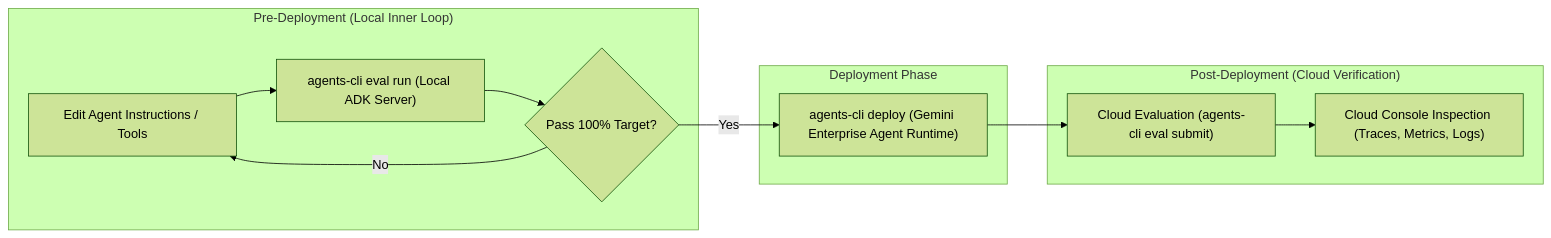
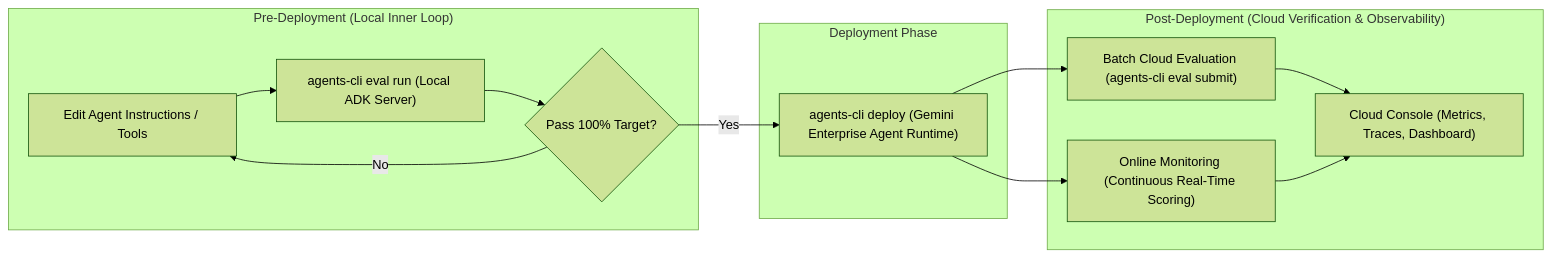
One commit to lopezzamora/2026-11-21-GoogleDevFest2026-Windsor changed the diagram in campseeker/README.md. Above: the diagram before and after it, drawn with Mermaid (forest theme). The commit also changed other lines of this file, not shown here.

Commit message:
docs: Update README with comprehensive Table of Contents and detailed evaluation sections

````diff
--- a/campseeker/README.md
+++ b/campseeker/README.md
@@ -288,15 +342,17 @@
 ```mermaid
 flowchart LR
     subgraph Pre["Pre-Deployment (Local Inner Loop)"]
         L1["Edit Agent Instructions / Tools"] --> L2["agents-cli eval run (Local ADK Server)"]
         L2 --> L3{"Pass 100% Target?"}
         L3 -- No --> L1
     end
     subgraph Deploy["Deployment Phase"]
         L3 -- Yes --> D1["agents-cli deploy (Gemini Enterprise Agent Runtime)"]
     end
-    subgraph Post["Post-Deployment (Cloud Verification)"]
-        D1 --> P1["Cloud Evaluation (agents-cli eval submit)"]
-        P1 --> P2["Cloud Console Inspection (Traces, Metrics, Logs)"]
+    subgraph Post["Post-Deployment (Cloud Verification & Observability)"]
+        D1 --> P1["Batch Cloud Evaluation (agents-cli eval submit)"]
+        D1 --> P2["Online Monitoring (Continuous Real-Time Scoring)"]
+        P1 --> P3["Cloud Console (Metrics, Traces, Dashboard)"]
+        P2 --> P3
     end
 ```
````
